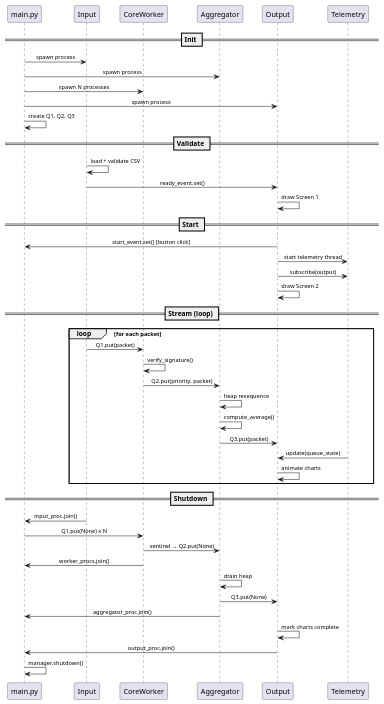
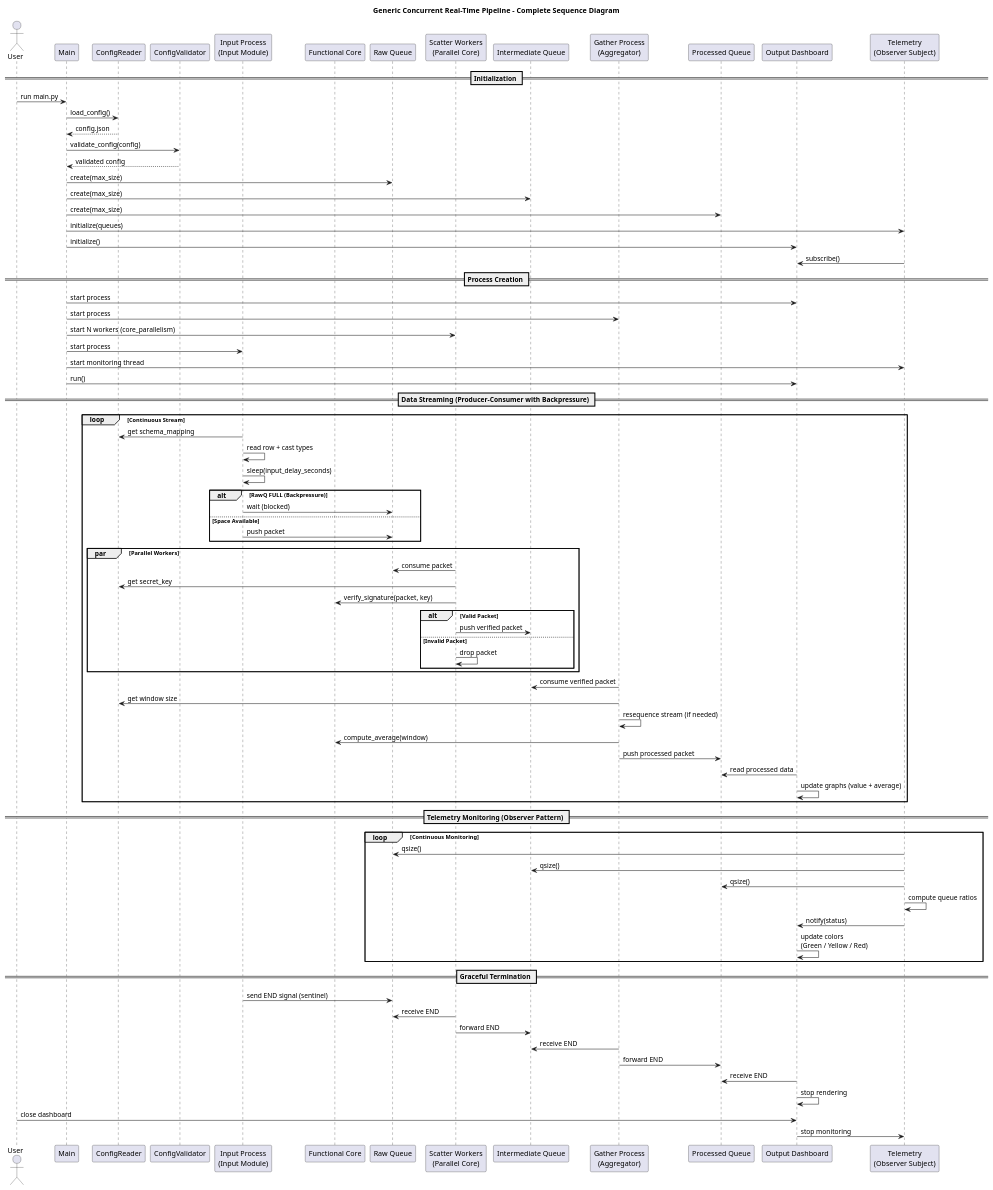
The diagram in Architecture/SequenceDiagram.puml (saoodktareen/SDA-Project-Phase-3), drawn with PlantUML before and after one commit. The commit also changed 3 other files, not shown here.

Commit message:
PUML Diagrams

```diff
--- a/Architecture/SequenceDiagram.puml
+++ b/Architecture/SequenceDiagram.puml
@@ -1,56 +1,90 @@
 @startuml SequenceDiagram
+title Generic Concurrent Real-Time Pipeline - Complete Sequence Diagram
 
-skinparam sequenceMessageAlign center
-skinparam sequenceFontSize 12
-skinparam sequenceArrowFontSize 11
+actor User
 
-participant "main.py" as Main
-participant "Input" as Input
-participant "CoreWorker" as Worker
-participant "Aggregator" as Agg
-participant "Output" as Output
-participant "Telemetry" as Tel
+participant Main
+participant ConfigReader
+participant ConfigValidator
+participant "Input Process\n(Input Module)" as Input
+participant "Functional Core" as FC
+participant "Raw Queue" as RawQ
+participant "Scatter Workers\n(Parallel Core)" as Scatter
+participant "Intermediate Queue" as IntQ
+participant "Gather Process\n(Aggregator)" as Gather
+participant "Processed Queue" as ProcQ
+participant "Output Dashboard" as Output
+participant "Telemetry\n(Observer Subject)" as Telemetry
 
-== Init ==
-Main -> Input : spawn process
-Main -> Agg   : spawn process
-Main -> Worker : spawn N processes
-Main -> Output : spawn process
-Main -> Main   : create Q1, Q2, Q3
+== Initialization ==
+User -> Main          : run main.py
+Main -> ConfigReader  : load_config()
+ConfigReader --> Main : config.json
+Main -> ConfigValidator : validate_config(config)
+ConfigValidator --> Main : validated config
+Main -> RawQ     : create(max_size)
+Main -> IntQ     : create(max_size)
+Main -> ProcQ    : create(max_size)
+Main -> Telemetry : initialize(queues)
+Main -> Output   : initialize()
+Telemetry -> Output : subscribe()
 
-== Validate ==
-Input -> Input : load + validate CSV
-Input -> Output : ready_event.set()
-Output -> Output : draw Screen 1
+== Process Creation ==
+Main -> Output   : start process
+Main -> Gather   : start process
+Main -> Scatter  : start N workers (core_parallelism)
+Main -> Input    : start process
+Main -> Telemetry : start monitoring thread
+Main -> Output   : run()
 
-== Start ==
-Output -> Main : start_event.set() [button click]
-Output -> Tel  : start telemetry thread
-Output -> Tel  : subscribe(output)
-Output -> Output : draw Screen 2
-
-== Stream (loop) ==
-loop for each packet
-  Input  -> Worker : Q1.put(packet)
-  Worker -> Worker : verify_signature()
-  Worker -> Agg    : Q2.put(priority, packet)
-  Agg    -> Agg    : heap resequence
-  Agg    -> Agg    : compute_average()
-  Agg    -> Output : Q3.put(packet)
-  Tel    -> Output : update(queue_state)
-  Output -> Output : animate charts
+== Data Streaming (Producer-Consumer with Backpressure) ==
+loop Continuous Stream
+    Input -> ConfigReader : get schema_mapping
+    Input -> Input        : read row + cast types
+    Input -> Input        : sleep(input_delay_seconds)
+    alt RawQ FULL (Backpressure)
+        Input -> RawQ : wait (blocked)
+    else Space Available
+        Input -> RawQ : push packet
+    end
+    par Parallel Workers
+        Scatter -> RawQ         : consume packet
+        Scatter -> ConfigReader : get secret_key
+        Scatter -> FC           : verify_signature(packet, key)
+        alt Valid Packet
+            Scatter -> IntQ : push verified packet
+        else Invalid Packet
+            Scatter -> Scatter : drop packet
+        end
+    end
+    Gather -> IntQ         : consume verified packet
+    Gather -> ConfigReader : get window size
+    Gather -> Gather       : resequence stream (if needed)
+    Gather -> FC           : compute_average(window)
+    Gather -> ProcQ        : push processed packet
+    Output -> ProcQ        : read processed data
+    Output -> Output       : update graphs (value + average)
 end
 
-== Shutdown ==
-Input  -> Main  : input_proc.join()
-Main   -> Worker : Q1.put(None) x N
-Worker -> Agg   : sentinel → Q2.put(None)
-Worker -> Main  : worker_procs.join()
-Agg    -> Agg   : drain heap
-Agg    -> Output : Q3.put(None)
-Agg    -> Main  : aggregator_proc.join()
-Output -> Output : mark charts complete
-Output -> Main  : output_proc.join()
-Main   -> Main  : manager.shutdown()
+== Telemetry Monitoring (Observer Pattern) ==
+loop Continuous Monitoring
+    Telemetry -> RawQ     : qsize()
+    Telemetry -> IntQ     : qsize()
+    Telemetry -> ProcQ    : qsize()
+    Telemetry -> Telemetry : compute queue ratios
+    Telemetry -> Output   : notify(status)
+    Output -> Output      : update colors\n(Green / Yellow / Red)
+end
+
+== Graceful Termination ==
+Input   -> RawQ    : send END signal (sentinel)
+Scatter -> RawQ    : receive END
+Scatter -> IntQ    : forward END
+Gather  -> IntQ    : receive END
+Gather  -> ProcQ   : forward END
+Output  -> ProcQ   : receive END
+Output  -> Output  : stop rendering
+User    -> Output  : close dashboard
+Output  -> Telemetry : stop monitoring
 
 @enduml
```
